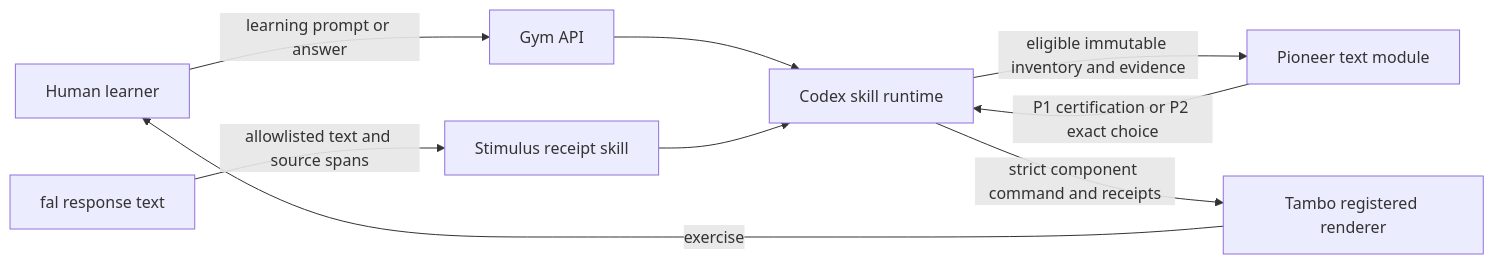
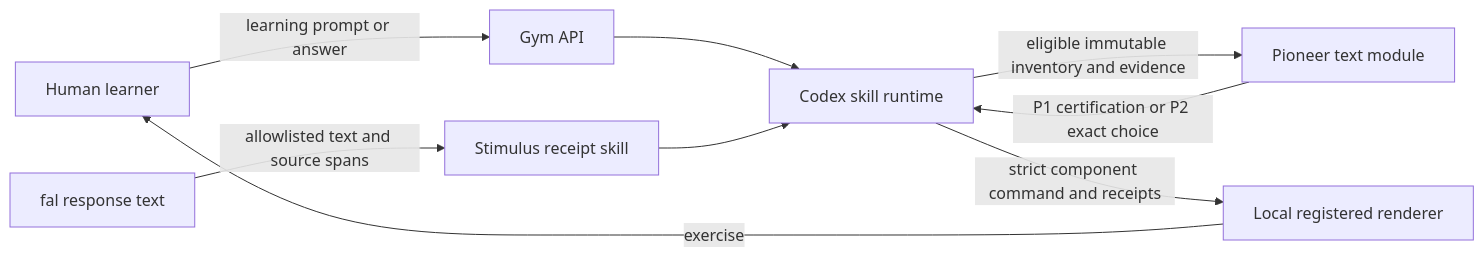
Before and after one commit to ilutay/veed-hack-2026: the diagram in docs/pioneer-gym-architecture.md, drawn with Mermaid. The commit also changed other lines of this file and 45 other files, not shown here.

Commit message:
feat: replace Tambo with a focused local learning UI

````diff
--- a/docs/pioneer-gym-architecture.md
+++ b/docs/pioneer-gym-architecture.md
@@ -37,11 +36,11 @@
 ```mermaid
 flowchart LR
     H[Human learner] -->|learning prompt or answer| API[Gym API]
     API --> C[Codex skill runtime]
     C -->|eligible immutable inventory and evidence| P[Pioneer text module]
     P -->|P1 certification or P2 exact choice| C
-    C -->|strict component command and receipts| R[Tambo registered renderer]
+    C -->|strict component command and receipts| R[Local registered renderer]
     R -->|exercise| H
     F[fal response text] -->|allowlisted text and source spans| S[Stimulus receipt skill]
     S --> C
 ```
````
